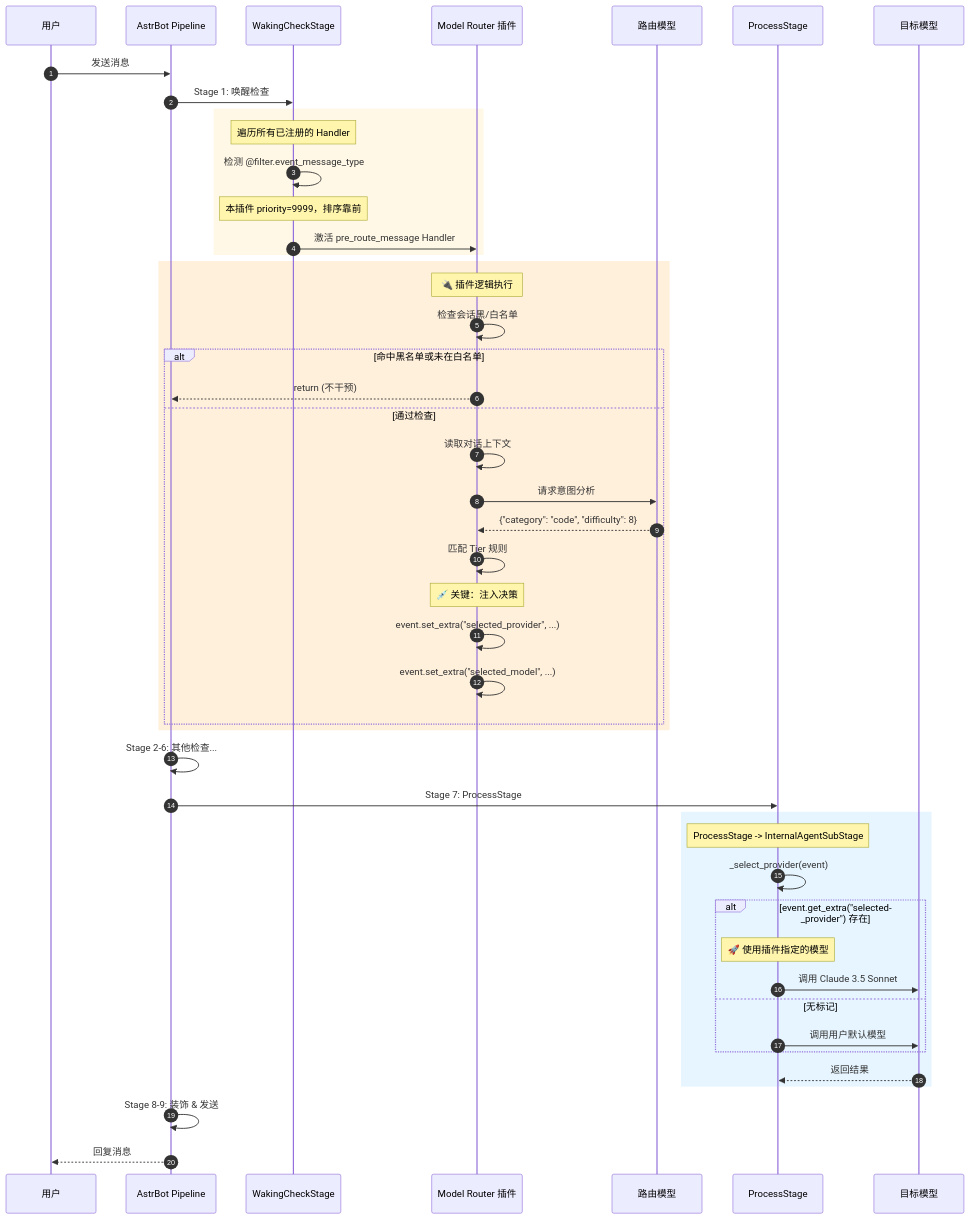
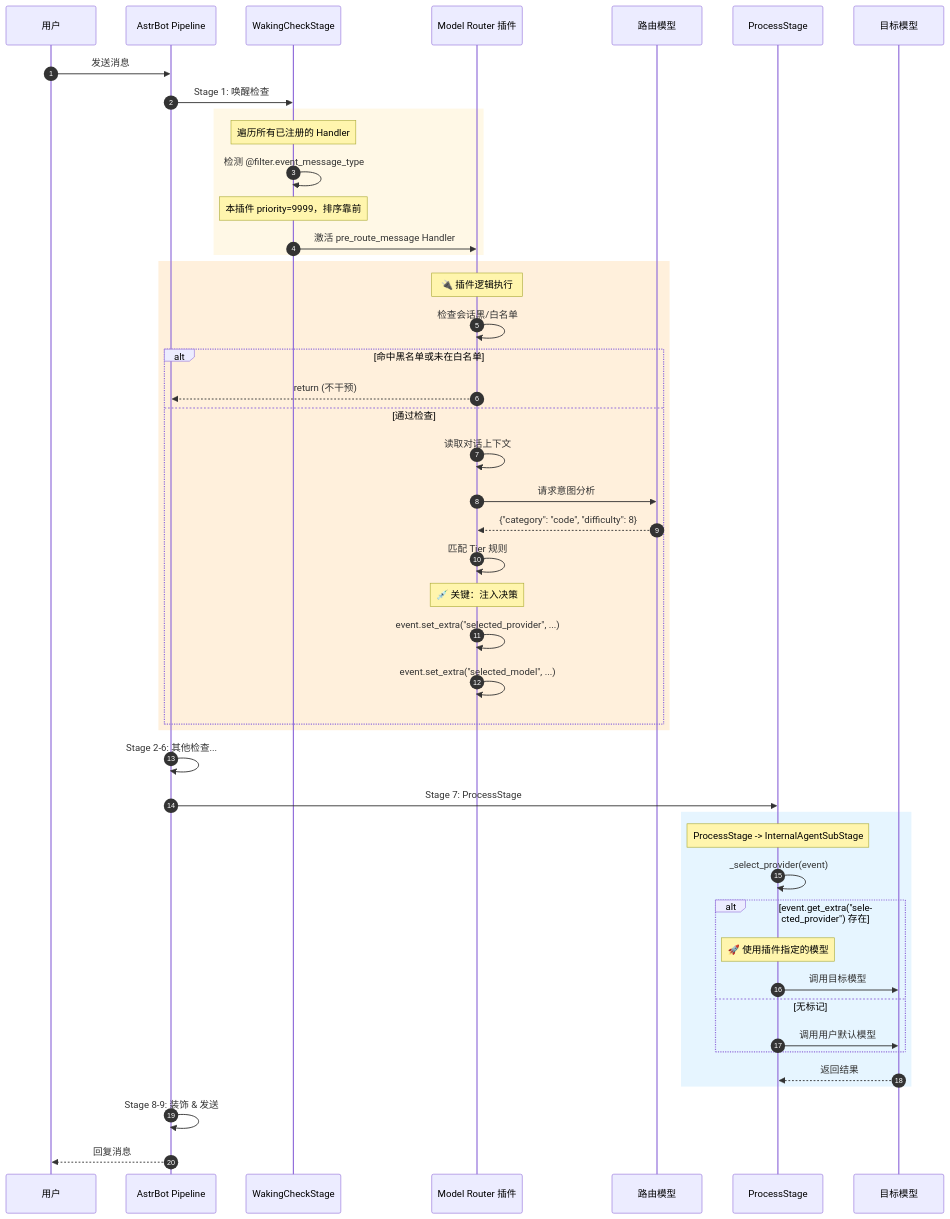
Before and after one commit to yukikazechan/astrbot_plugin_model_router: the diagram in README.md, drawn with Mermaid. The commit also changed other lines of this file, not shown here.

````diff
--- a/README.md
+++ b/README.md
@@ -114,58 +114,58 @@
 ```mermaid
 sequenceDiagram
     autonumber
     participant User as 用户
     participant Pipeline as AstrBot Pipeline
     participant WakingStage as WakingCheckStage
     participant Plugin as Model Router 插件
     participant RouterLLM as 路由模型
     participant ProcessStage as ProcessStage
     participant TargetLLM as 目标模型
 
     User->>Pipeline: 发送消息
     Pipeline->>WakingStage: Stage 1: 唤醒检查
     
     rect rgb(255, 248, 230)
         Note over WakingStage: 遍历所有已注册的 Handler
         WakingStage->>WakingStage: 检测 @filter.event_message_type
         Note over WakingStage: 本插件 priority=9999，排序靠前
         WakingStage->>Plugin: 激活 pre_route_message Handler
     end
 
     rect rgb(255, 240, 220)
         Note over Plugin: 🔌 插件逻辑执行
         Plugin->>Plugin: 检查会话黑/白名单
         
         alt 命中黑名单或未在白名单
             Plugin-->>Pipeline: return (不干预)
         else 通过检查
             Plugin->>Plugin: 读取对话上下文
             Plugin->>RouterLLM: 请求意图分析
             RouterLLM-->>Plugin: {"category": "code", "difficulty": 8}
             Plugin->>Plugin: 匹配 Tier 规则
             Note over Plugin: 💉 关键：注入决策
             Plugin->>Plugin: event.set_extra("selected_provider", ...)
             Plugin->>Plugin: event.set_extra("selected_model", ...)
         end
     end
     
     Pipeline->>Pipeline: Stage 2-6: 其他检查...
     Pipeline->>ProcessStage: Stage 7: ProcessStage
 
     rect rgb(230, 245, 255)
         Note over ProcessStage: ProcessStage -> InternalAgentSubStage
         ProcessStage->>ProcessStage: _select_provider(event)
         
         alt event.get_extra("selected_provider") 存在
             Note over ProcessStage: 🚀 使用插件指定的模型
-            ProcessStage->>TargetLLM: 调用 Claude 3.5 Sonnet
+            ProcessStage->>TargetLLM: 调用目标模型
         else 无标记
             ProcessStage->>TargetLLM: 调用用户默认模型
         end
         
         TargetLLM-->>ProcessStage: 返回结果
     end
 
     Pipeline->>Pipeline: Stage 8-9: 装饰 & 发送
     Pipeline-->>User: 回复消息
 ```
````
